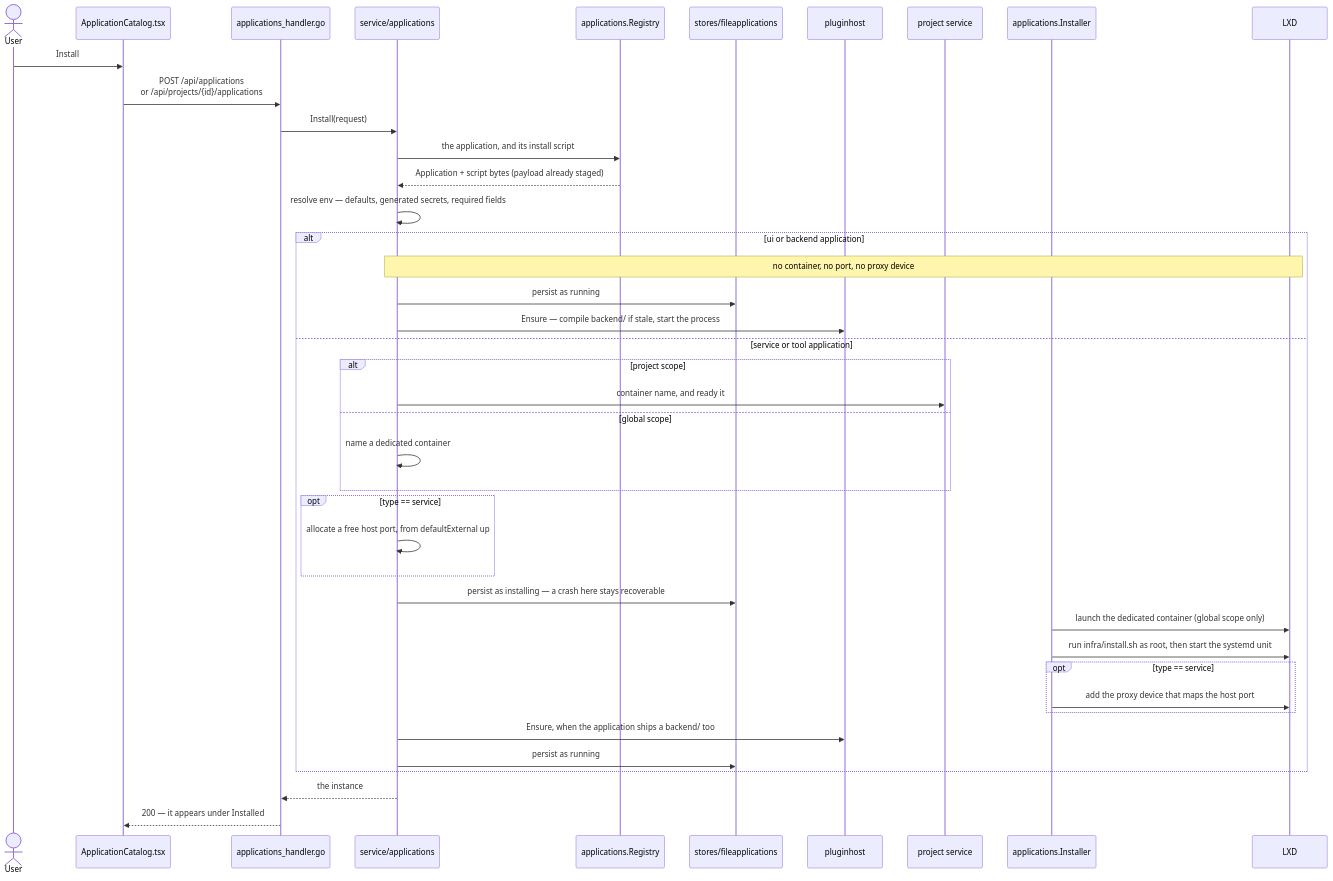
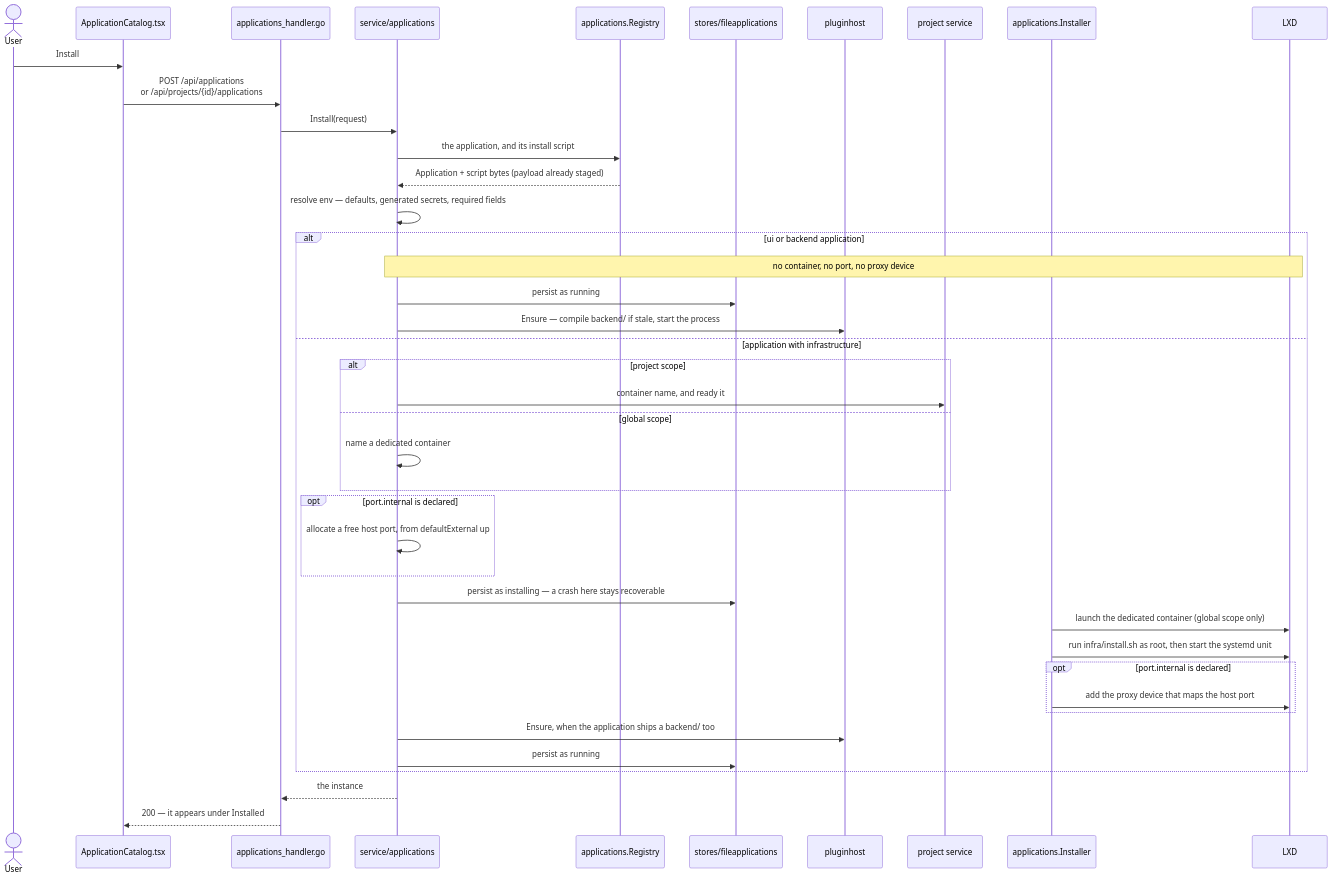
One commit to AbdallahMohamedDotnet/remote.futrx changed the second of 2 diagrams in docs/dev/installable-applications/01-overview.md. Above: the diagram before and after it, drawn with Mermaid. The commit also changed other lines of this file and 28 other files, not shown here.

````diff
--- a/docs/dev/installable-applications/01-overview.md
+++ b/docs/dev/installable-applications/01-overview.md
@@ -194,46 +193,46 @@
 ```mermaid
 sequenceDiagram
     actor User
     participant UI as ApplicationCatalog.tsx
     participant API as applications_handler.go
     participant Svc as service/applications
     participant Reg as applications.Registry
     participant Store as stores/fileapplications
     participant Host as pluginhost
     participant Proj as project service
     participant Inst as applications.Installer
     participant LXD as LXD
 
     User->>UI: Install
     UI->>API: POST /api/applications<br/>or /api/projects/{id}/applications
     API->>Svc: Install(request)
     Svc->>Reg: the application, and its install script
     Reg-->>Svc: Application + script bytes (payload already staged)
     Svc->>Svc: resolve env — defaults, generated secrets, required fields
 
     alt ui or backend application
         Note over Svc,LXD: no container, no port, no proxy device
         Svc->>Store: persist as running
         Svc->>Host: Ensure — compile backend/ if stale, start the process
-    else service or tool application
+    else application with infrastructure
         alt project scope
             Svc->>Proj: container name, and ready it
         else global scope
             Svc->>Svc: name a dedicated container
         end
-        opt type == service
+        opt port.internal is declared
             Svc->>Svc: allocate a free host port, from defaultExternal up
         end
         Svc->>Store: persist as installing — a crash here stays recoverable
         Inst->>LXD: launch the dedicated container (global scope only)
         Inst->>LXD: run infra/install.sh as root, then start the systemd unit
-        opt type == service
+        opt port.internal is declared
             Inst->>LXD: add the proxy device that maps the host port
         end
         Svc->>Host: Ensure, when the application ships a backend/ too
         Svc->>Store: persist as running
     end
 
     Svc-->>API: the instance
     API-->>UI: 200 — it appears under Installed
 ```
````
